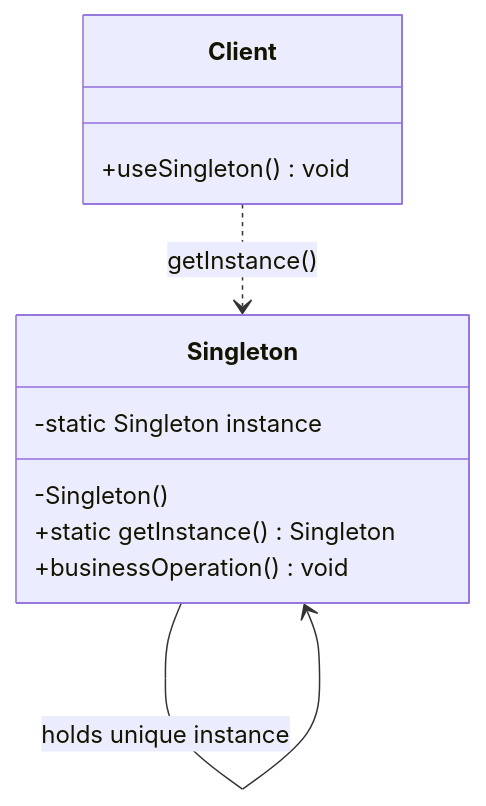
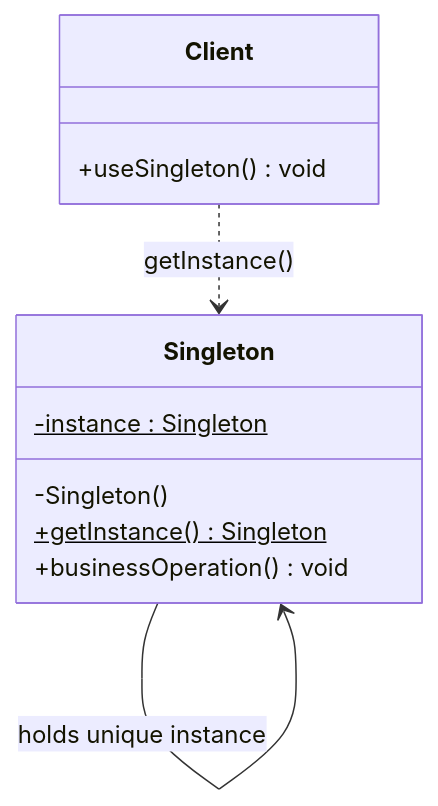
Before and after one commit to centurio1987/grow-up-architecture: the diagram in pattern-guide/singleton-pattern.md, drawn with Mermaid. The commit also changed 12 other files, not shown here.

First line of the commit message:
fix: Mermaid classDiagram 렌더링 오류 수정 (13개 파일)

````diff
--- a/pattern-guide/singleton-pattern.md
+++ b/pattern-guide/singleton-pattern.md
@@ -207,16 +207,16 @@
 ```mermaid
 classDiagram
     class Singleton {
-        -static Singleton instance
+        -instance : Singleton$
         -Singleton()
-        +static getInstance() Singleton
+        +getInstance()$ Singleton
         +businessOperation() void
     }
 
     class Client {
         +useSingleton() void
     }
 
     Client ..> Singleton : getInstance()
     Singleton --> Singleton : holds unique instance
 ```
````
